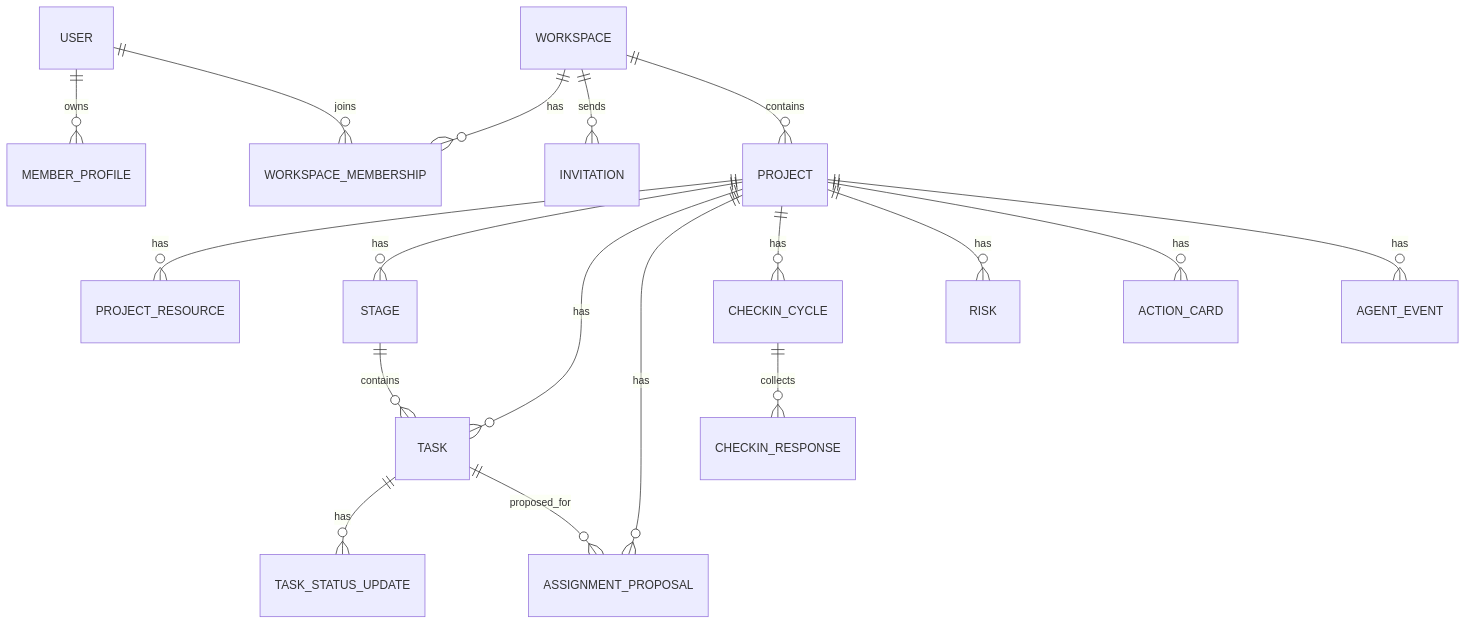
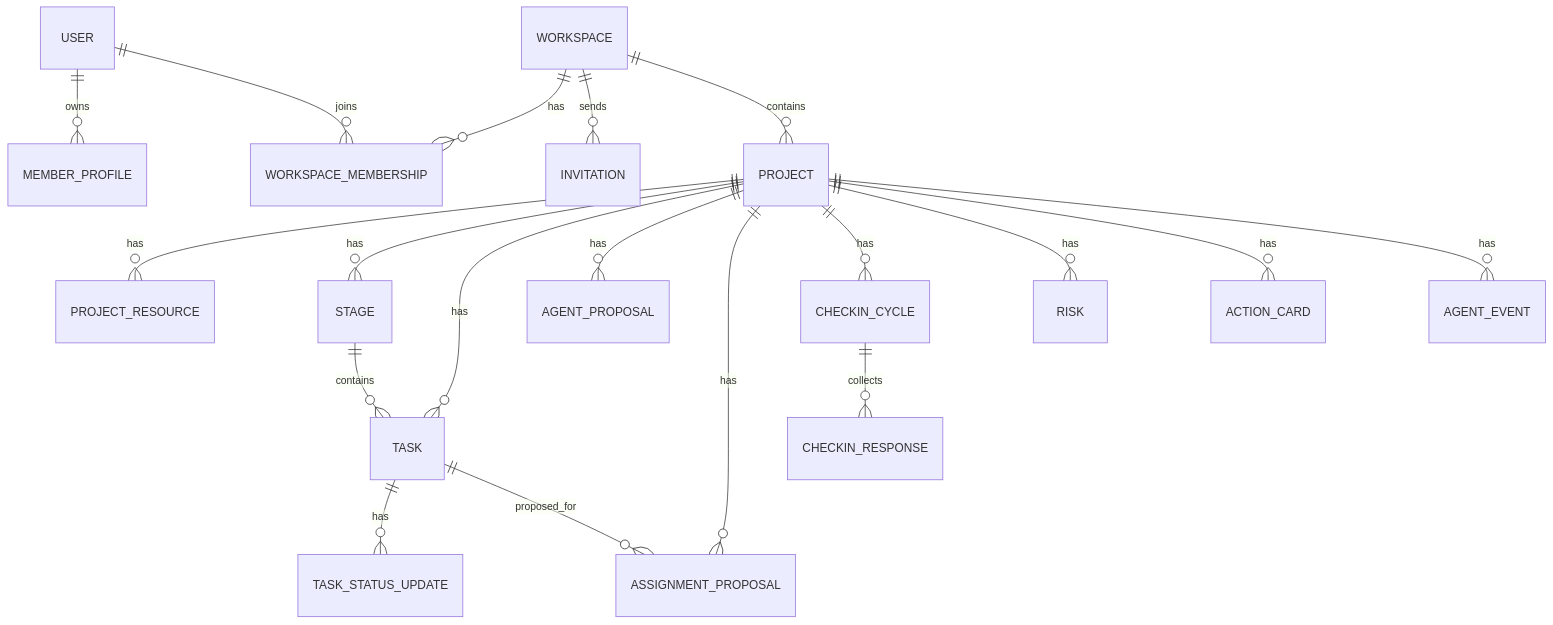
One commit to luosd1/ProjectFlow changed the second of 3 diagrams in docs/TECH-DESIGN.md. Above: the diagram before and after it, drawn with Mermaid. The commit also changed other lines of this file and 6 other files, not shown here.

````diff
--- a/docs/TECH-DESIGN.md
+++ b/docs/TECH-DESIGN.md
@@ -356,20 +359,21 @@
 ```mermaid
 erDiagram
     USER ||--o{ MEMBER_PROFILE : owns
     USER ||--o{ WORKSPACE_MEMBERSHIP : joins
     WORKSPACE ||--o{ WORKSPACE_MEMBERSHIP : has
     WORKSPACE ||--o{ INVITATION : sends
     WORKSPACE ||--o{ PROJECT : contains
     PROJECT ||--o{ PROJECT_RESOURCE : has
     PROJECT ||--o{ STAGE : has
     PROJECT ||--o{ TASK : has
+    PROJECT ||--o{ AGENT_PROPOSAL : has
     PROJECT ||--o{ ASSIGNMENT_PROPOSAL : has
     PROJECT ||--o{ CHECKIN_CYCLE : has
     PROJECT ||--o{ RISK : has
     PROJECT ||--o{ ACTION_CARD : has
     PROJECT ||--o{ AGENT_EVENT : has
     STAGE ||--o{ TASK : contains
     TASK ||--o{ TASK_STATUS_UPDATE : has
     TASK ||--o{ ASSIGNMENT_PROPOSAL : proposed_for
     CHECKIN_CYCLE ||--o{ CHECKIN_RESPONSE : collects
 ```
````
